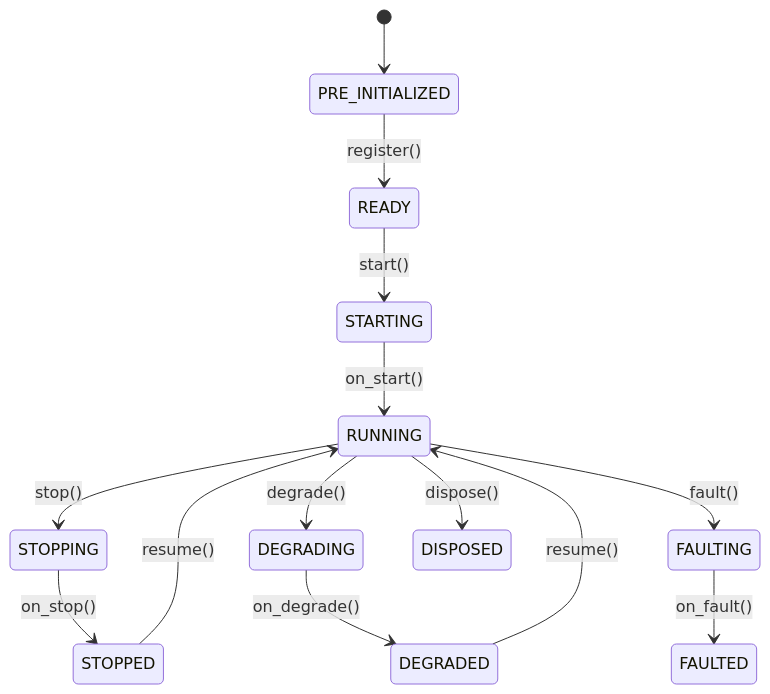
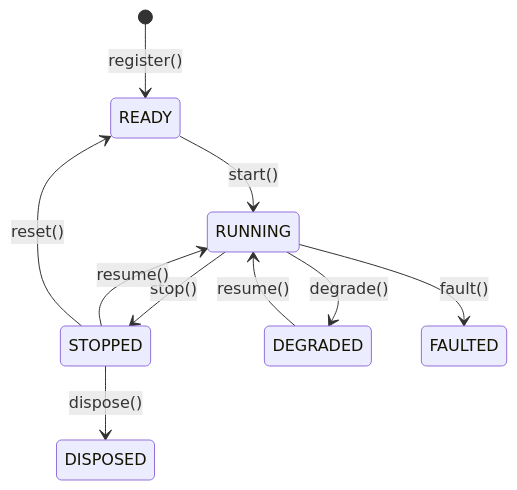
Before and after one commit to nautechsystems/nautilus_trader: the diagram in docs/concepts/actors.md, drawn with Mermaid. The commit also changed other lines of this file, not shown here.

````diff
--- a/docs/concepts/actors.md
+++ b/docs/concepts/actors.md
@@ -80,16 +67,12 @@
 ```mermaid
 stateDiagram-v2
-    [*] --> PRE_INITIALIZED
-    PRE_INITIALIZED --> READY : register()
-    READY --> STARTING : start()
-    STARTING --> RUNNING : on_start()
-    RUNNING --> STOPPING : stop()
-    STOPPING --> STOPPED : on_stop()
+    [*] --> READY : register()
+    READY --> RUNNING : start()
+    RUNNING --> STOPPED : stop()
     STOPPED --> RUNNING : resume()
-    RUNNING --> DEGRADING : degrade()
-    DEGRADING --> DEGRADED : on_degrade()
+    RUNNING --> DEGRADED : degrade()
     DEGRADED --> RUNNING : resume()
-    RUNNING --> FAULTING : fault()
-    FAULTING --> FAULTED : on_fault()
-    RUNNING --> DISPOSED : dispose()
+    STOPPED --> READY : reset()
+    RUNNING --> FAULTED : fault()
+    STOPPED --> DISPOSED : dispose()
 ```
````
